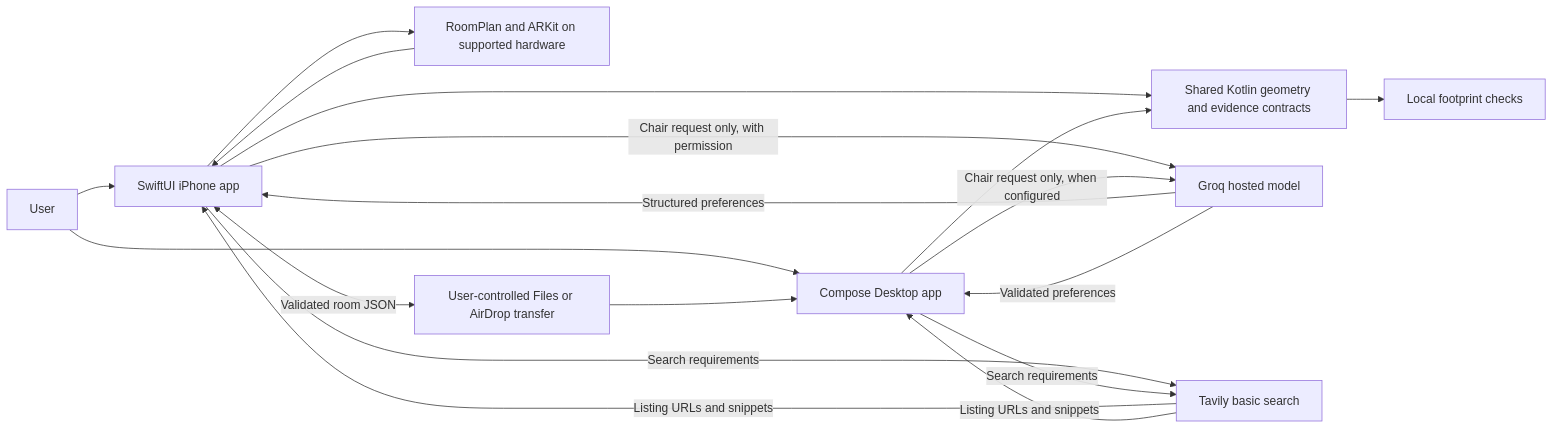
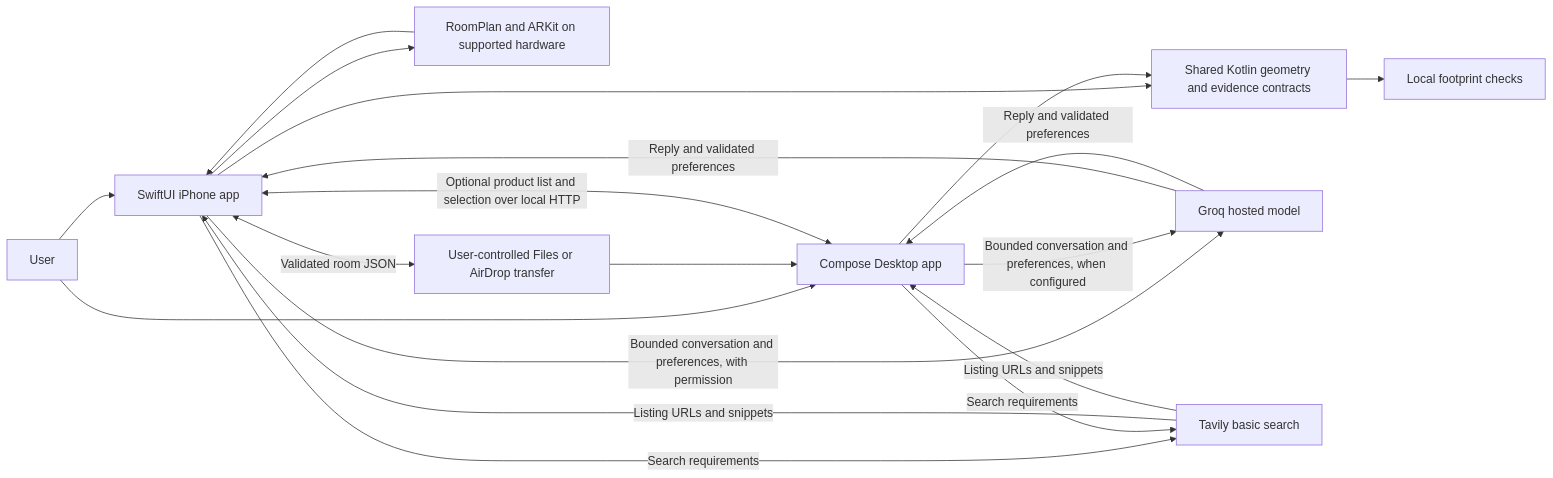
Before and after one commit to Ansester/RoomWise: the first of 2 diagrams in docs/ARCHITECTURE.md, drawn with Mermaid. The commit also changed other lines of this file and 48 other files, not shown here.

Commit message:
Connect shopping chat, product swipes and live phone previews

````diff
--- a/docs/ARCHITECTURE.md
+++ b/docs/ARCHITECTURE.md
@@ -15,20 +15,21 @@
 ```mermaid
 flowchart LR
     User[User] --> Phone[SwiftUI iPhone app]
     User --> Desktop[Compose Desktop app]
     Phone --> Shared[Shared Kotlin geometry and evidence contracts]
     Desktop --> Shared
+    Desktop <-->|Optional product list and selection over local HTTP| Phone
     Phone --> Capture[RoomPlan and ARKit on supported hardware]
     Capture --> Phone
     Phone <-->|Validated room JSON| Files[User-controlled Files or AirDrop transfer]
     Files --> Desktop
-    Phone -->|Chair request only, with permission| Groq[Groq hosted model]
-    Desktop -->|Chair request only, when configured| Groq
-    Groq -->|Structured preferences| Phone
-    Groq -->|Validated preferences| Desktop
+    Phone -->|Bounded conversation and preferences, with permission| Groq[Groq hosted model]
+    Desktop -->|Bounded conversation and preferences, when configured| Groq
+    Groq -->|Reply and validated preferences| Phone
+    Groq -->|Reply and validated preferences| Desktop
     Phone -->|Search requirements| Tavily[Tavily basic search]
     Desktop -->|Search requirements| Tavily
     Tavily -->|Listing URLs and snippets| Phone
     Tavily -->|Listing URLs and snippets| Desktop
     Shared --> Fit[Local footprint checks]
 ```
````
